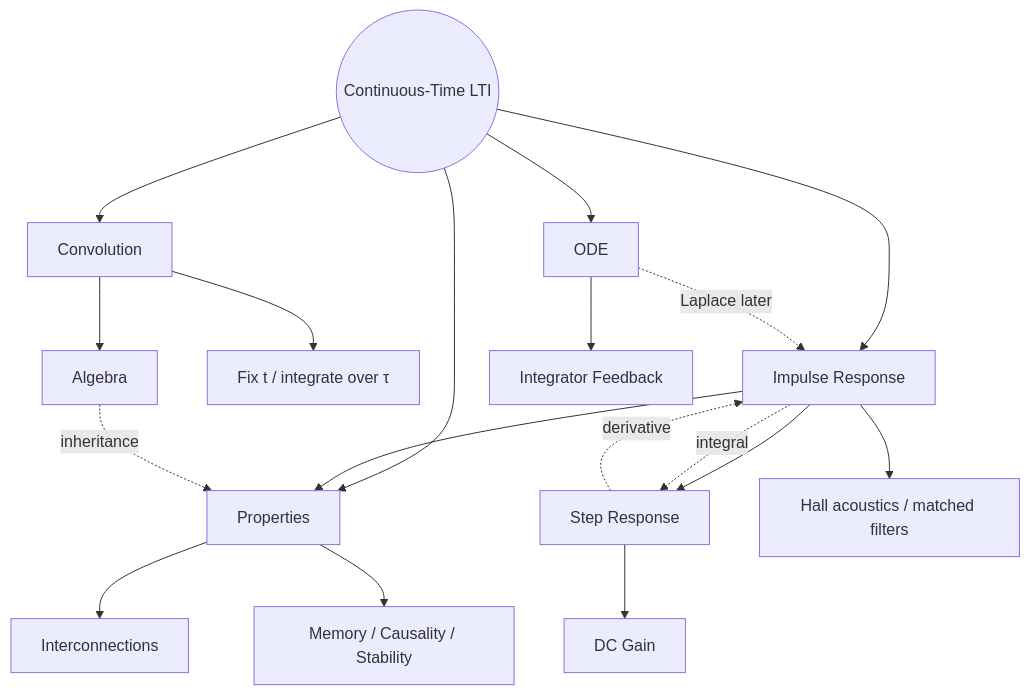
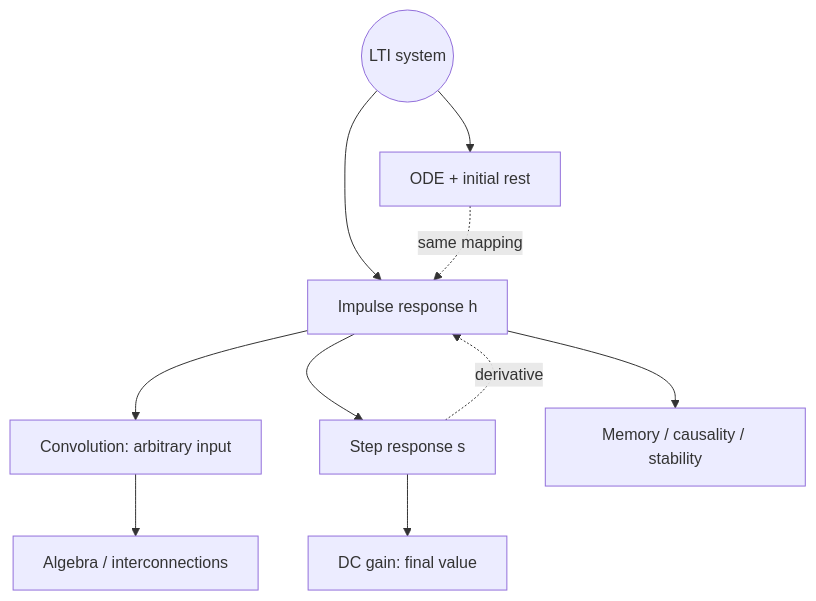
The diagram in chapter-6-lti-and-convolution.md (ZGQmoe/EEEN-20131-Notes), drawn with Mermaid before and after one commit. The commit also changed other lines of this file and 1 other file, not shown here.

Commit message:
Restructure chapter 6 around responses and convolution reasoning

````diff
--- a/chapter-6-lti-and-convolution.md
+++ b/chapter-6-lti-and-convolution.md
@@ -11,21 +7,12 @@
 ```mermaid
 flowchart TD
-    R((Continuous-Time LTI))
-    R --> C[Convolution]
-    R --> H[Impulse Response]
-    R --> P[Properties]
-    R --> O[ODE]
-    C --> T["Fix t / integrate over τ"]
-    C --> A[Algebra]
-    H --> S[Step Response]
-    S --> G[DC Gain]
-    H --> P
-    A -. inheritance .-> P
-    P --> N[Interconnections]
-    P --> M[Memory / Causality / Stability]
-    H -. integral .-> S
-    S -. derivative .-> H
-    O --> F[Integrator Feedback]
-    O -. Laplace later .-> H
-    H --> E["Hall acoustics / matched filters"]
+    S((LTI system)) --> H[Impulse response h]
+    H --> Y[Convolution: arbitrary input]
+    H --> R[Step response s]
+    R --> K[DC gain: final value]
+    H --> P[Memory / causality / stability]
+    Y --> A[Algebra / interconnections]
+    S --> O[ODE + initial rest]
+    O -. same mapping .-> H
+    R -. derivative .-> H
 ```
````
